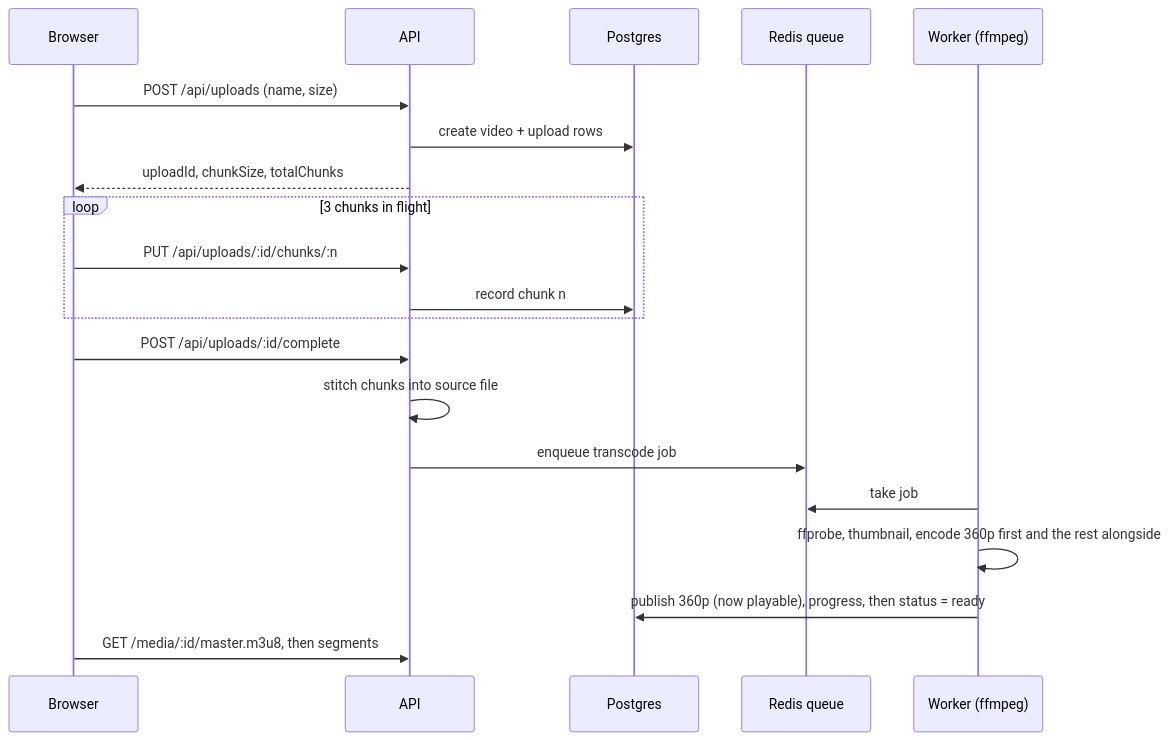
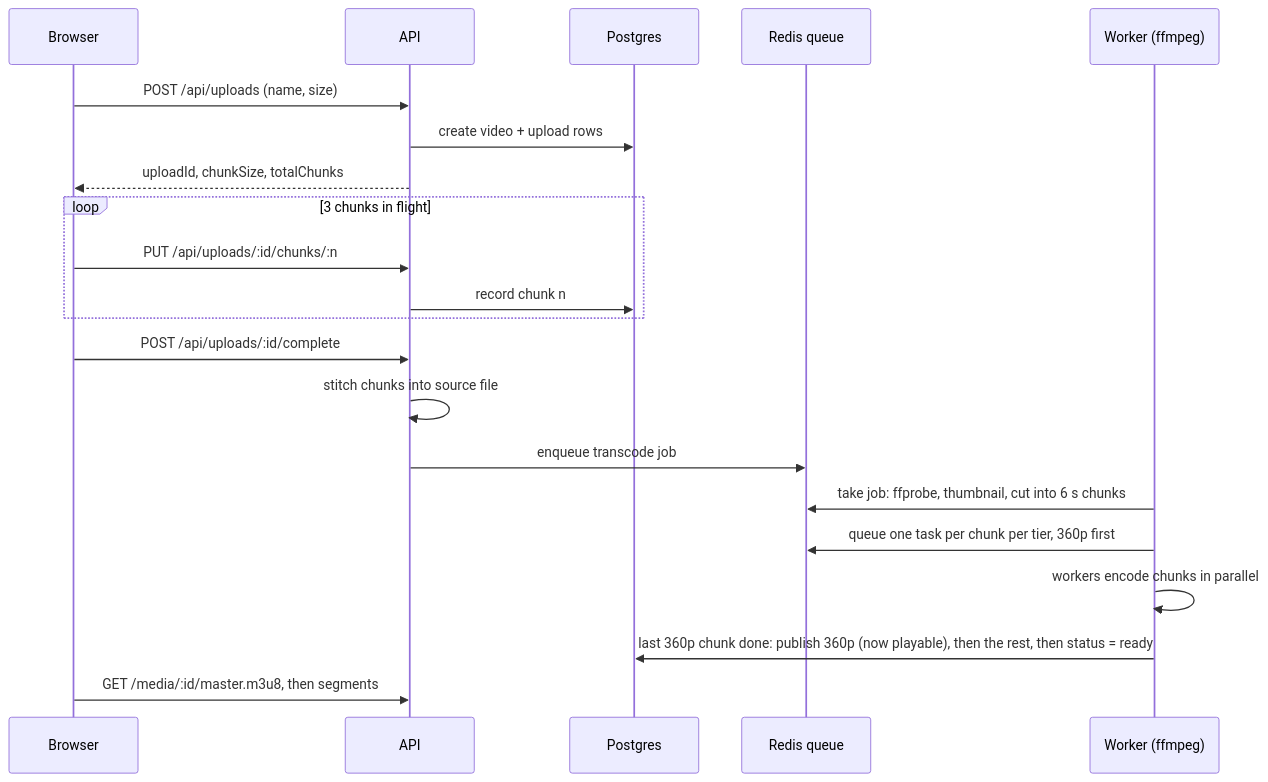
Before and after one commit to siddarthamuppalla/video-platform: the first of 2 diagrams in README.md, drawn with Mermaid. The commit also changed other lines of this file and 10 other files, not shown here.

First line of the commit message:
Encode videos in 6-second chunks spread across workers

````diff
--- a/README.md
+++ b/README.md
@@ -30,22 +30,23 @@
 ```mermaid
 sequenceDiagram
   participant B as Browser
   participant A as API
   participant D as Postgres
   participant Q as Redis queue
   participant W as Worker (ffmpeg)
   B->>A: POST /api/uploads (name, size)
   A->>D: create video + upload rows
   A-->>B: uploadId, chunkSize, totalChunks
   loop 3 chunks in flight
     B->>A: PUT /api/uploads/:id/chunks/:n
     A->>D: record chunk n
   end
   B->>A: POST /api/uploads/:id/complete
   A->>A: stitch chunks into source file
   A->>Q: enqueue transcode job
-  W->>Q: take job
-  W->>W: ffprobe, thumbnail, encode 360p first and the rest alongside
-  W->>D: publish 360p (now playable), progress, then status = ready
+  W->>Q: take job: ffprobe, thumbnail, cut into 6 s chunks
+  W->>Q: queue one task per chunk per tier, 360p first
+  W->>W: workers encode chunks in parallel
+  W->>D: last 360p chunk done: publish 360p (now playable), then the rest, then status = ready
   B->>A: GET /media/:id/master.m3u8, then segments
 ```
````
